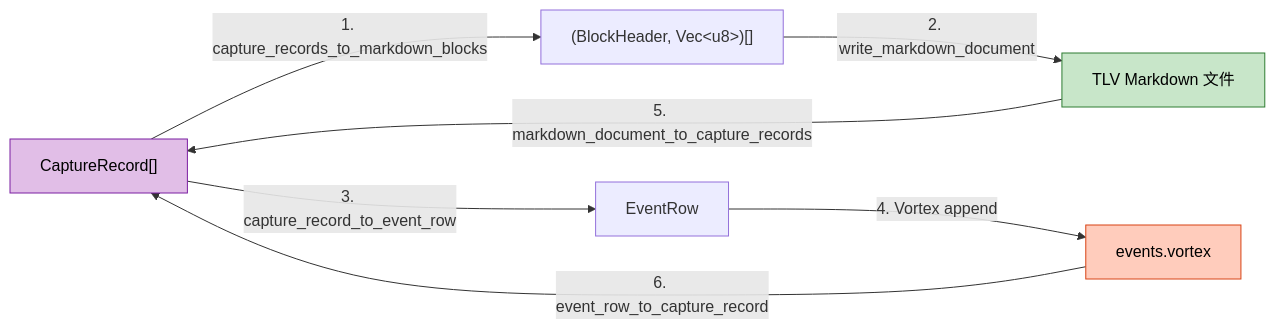
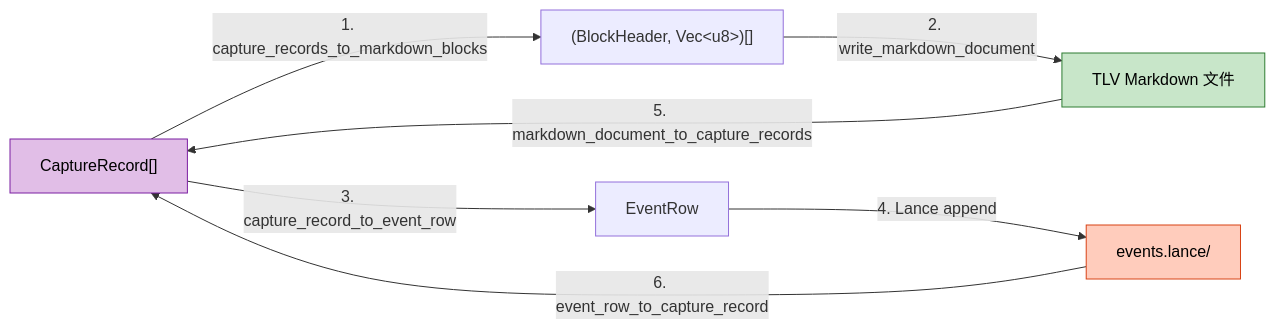
The fifth of 6 diagrams in docs/src/design/trajectory.md (DeepLink-org/Persisting), drawn with Mermaid before and after one commit. The commit also changed other lines of this file and 83 other files, not shown here.

First line of the commit message:
Refactor persisting-capture to replace Vortex references with Lance

````diff
--- a/docs/src/design/trajectory.md
+++ b/docs/src/design/trajectory.md
@@ -240,15 +258,15 @@
 ```mermaid
 graph LR
     A["CaptureRecord[]"] -->|"1. capture_records_to_markdown_blocks"| B["(BlockHeader, Vec&lt;u8&gt;)[]"]
     B -->|"2. write_markdown_document"| C["TLV Markdown 文件"]
 
     A -->|"3. capture_record_to_event_row"| D["EventRow"]
-    D -->|"4. Vortex append"| E["events.vortex"]
+    D -->|"4. Lance append"| E["events.lance/"]
 
     C -->|"5. markdown_document_to_capture_records"| A
     E -->|"6. event_row_to_capture_record"| A
 
     style A fill:#e1bee7,stroke:#7b1fa2,color:#000
     style C fill:#c8e6c9,stroke:#2e7d32,color:#000
     style E fill:#ffccbc,stroke:#d84315,color:#000
 ```
````
